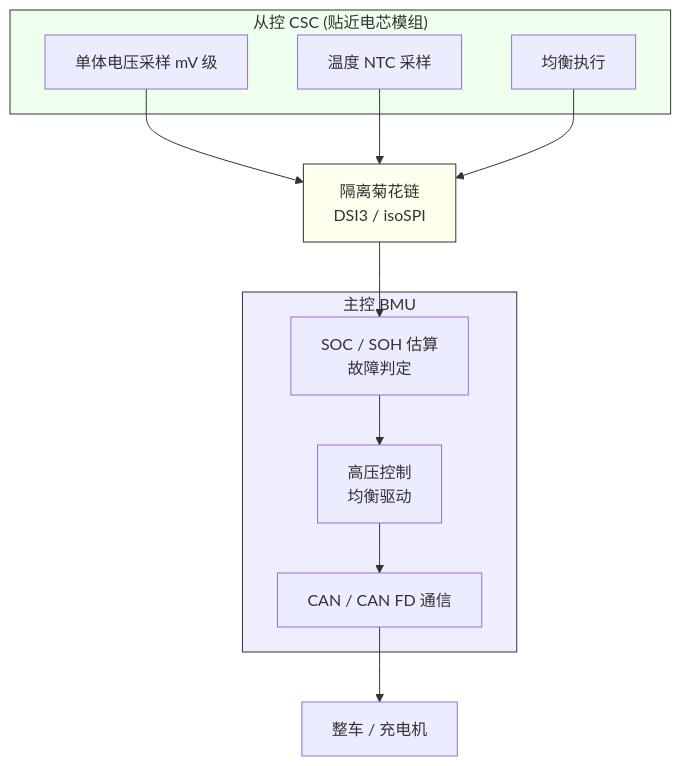
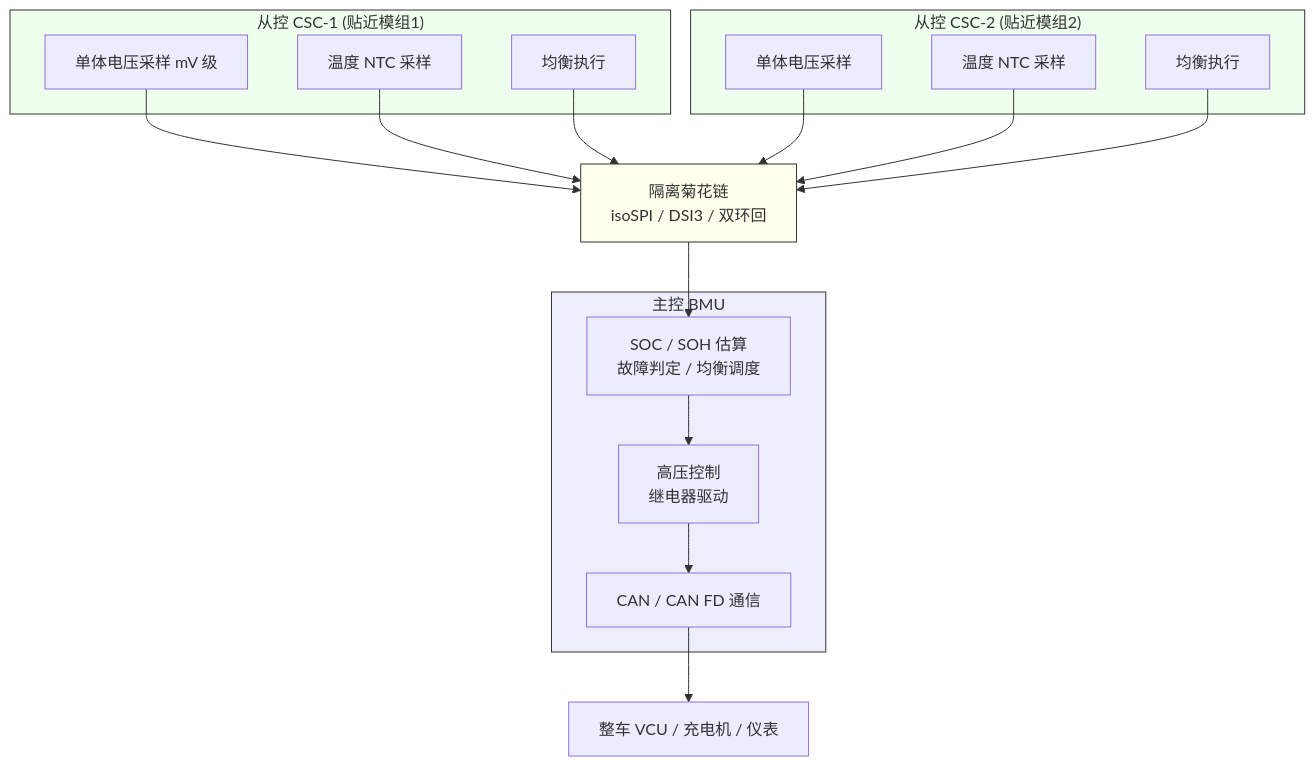
Before and after one commit to 1208826038/embedded-skill-notes: the first of 8 diagrams in articles/10-bms-system.md, drawn with Mermaid. The commit also changed other lines of this file, not shown here.

````diff
--- a/articles/10-bms-system.md
+++ b/articles/10-bms-system.md
@@ -20,27 +112,36 @@
 ```mermaid
 graph TD
-    subgraph CSC["从控 CSC (贴近电芯模组)"]
-        V["单体电压采样 mV 级"]
-        T["温度 NTC 采样"]
-        BAL["均衡执行"]
+    subgraph CSC1["从控 CSC-1 (贴近模组1)"]
+        V1["单体电压采样 mV 级"]
+        T1["温度 NTC 采样"]
+        BAL1["均衡执行"]
+    end
+    subgraph CSC2["从控 CSC-2 (贴近模组2)"]
+        V2["单体电压采样"]
+        T2["温度 NTC 采样"]
+        BAL2["均衡执行"]
     end
     subgraph BMU["主控 BMU"]
-        CALC["SOC / SOH 估算<br/>故障判定"]
-        CTRL["高压控制<br/>均衡驱动"]
+        CALC["SOC / SOH 估算<br/>故障判定 / 均衡调度"]
+        CTRL["高压控制<br/>继电器驱动"]
         COMM["CAN / CAN FD 通信"]
     end
-    隔离["隔离菊花链<br/>DSI3 / isoSPI"]
-    整车["整车 / 充电机"]
+    隔离["隔离菊花链<br/>isoSPI / DSI3 / 双环回"]
+    整车["整车 VCU / 充电机 / 仪表"]
 
-    V --> 隔离
-    T --> 隔离
-    BAL --> 隔离
+    V1 --> 隔离
+    T1 --> 隔离
+    BAL1 --> 隔离
+    V2 --> 隔离
+    T2 --> 隔离
+    BAL2 --> 隔离
     隔离 --> CALC
     CALC --> CTRL
     CTRL --> COMM
     COMM --> 整车
 
-    style CSC fill:#efe,stroke:#333
+    style CSC1 fill:#efe,stroke:#333
+    style CSC2 fill:#efe,stroke:#333
     style BMU fill:#eef,stroke:#333
     style 隔离 fill:#ffe,stroke:#333
 ```
````
